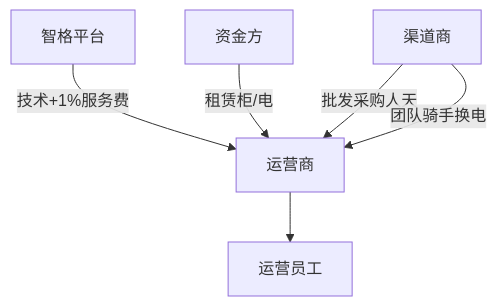
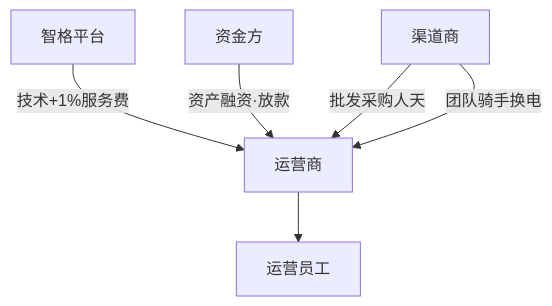
One commit to liudali/rider-swap-operator-prototype changed the second of 17 diagrams in docs/功能结构与业务流程.md. Above: the diagram before and after it, drawn with Mermaid. The commit also changed other lines of this file and 54 other files, not shown here.

````diff
--- a/docs/功能结构与业务流程.md
+++ b/docs/功能结构与业务流程.md
@@ -38,14 +38,14 @@
 ```mermaid
 flowchart TB
   Plat[智格平台]
   Lease[资金方]
   OP[运营商]
   CH[渠道商]
   Staff[运营员工]
 
   Plat -->|技术+1%服务费| OP
-  Lease -->|租赁柜/电| OP
+  Lease -->|资产融资·放款| OP
   CH -->|批发采购人天| OP
   OP --> Staff
   CH -->|团队骑手换电| OP
 ```
````
